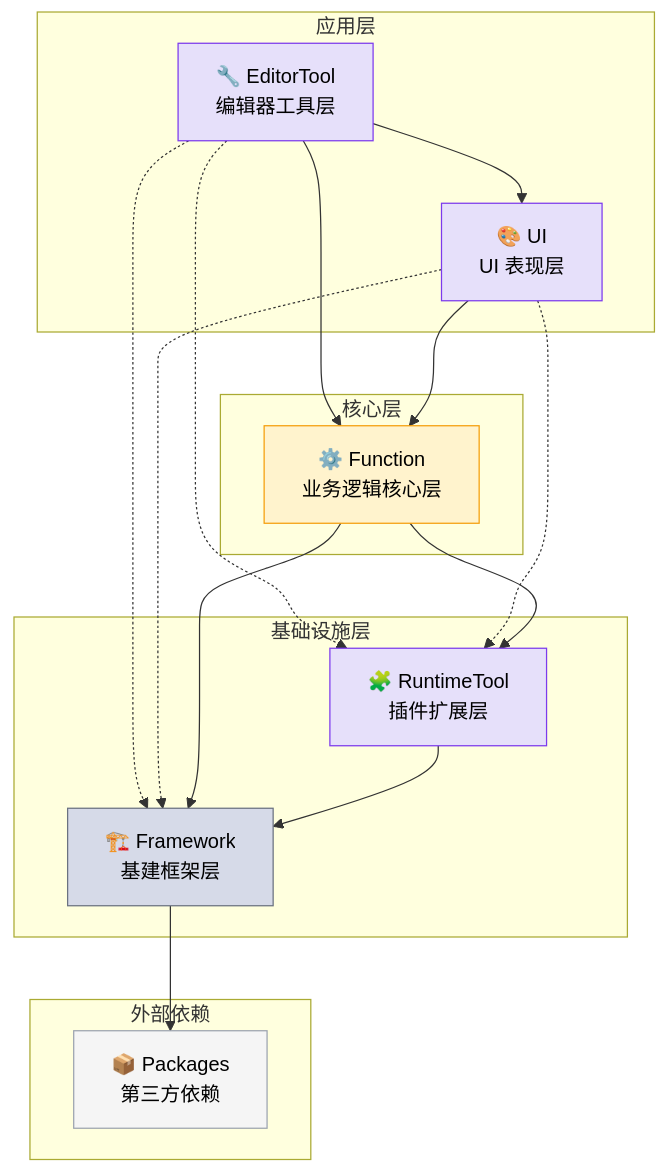
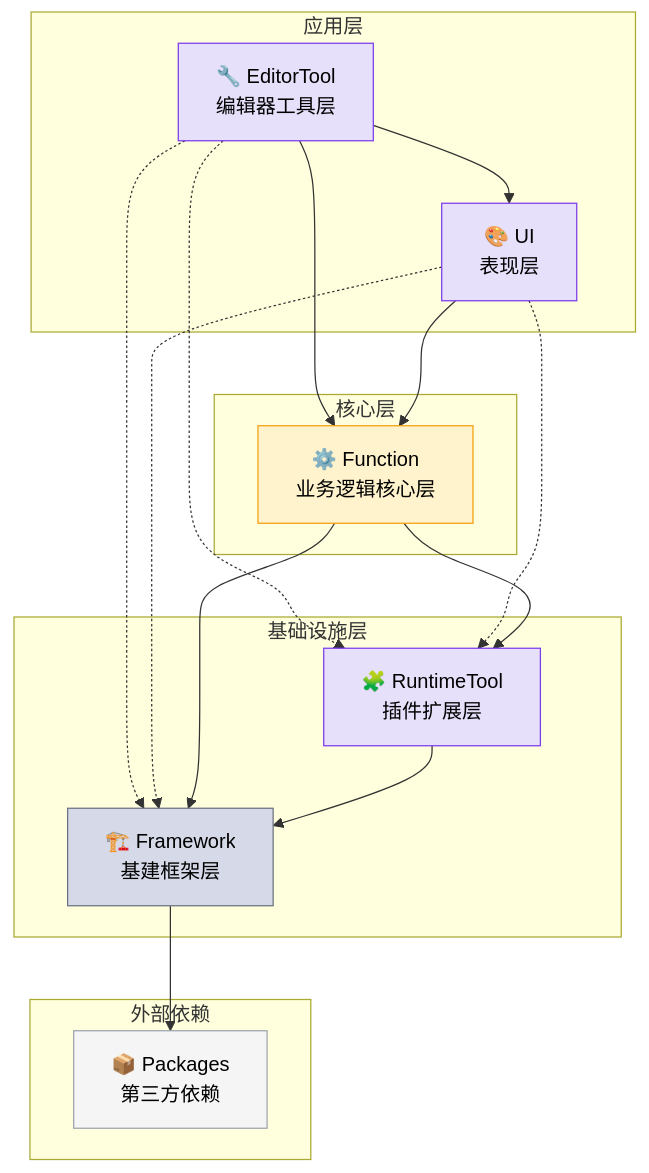
One commit to nanmanzixi/GameDev-Structure changed the diagram in README.md. Above: the diagram before and after it, drawn with Mermaid.

Commit message:
Fix formatting in README.md for Mermaid diagram

````diff
--- a/README.md
+++ b/README.md
@@ -130,39 +130,39 @@
 ```mermaid
 graph TB
     subgraph 应用层
-        ET[🔧 EditorTool<br/>编辑器工具层]
-        UI[🎨 UI<br/>UI 表现层]
+        ET[🔧 EditorTool<br/> 编辑器工具层]
+        UI[🎨 UI<br/> 表现层]
     end
     
     subgraph 核心层
-        FN[⚙️ Function<br/>业务逻辑核心层]
+        FN[⚙️ Function<br/> 业务逻辑核心层]
     end
     
     subgraph 基础设施层
-        RT[🧩 RuntimeTool<br/>插件扩展层]
-        FW[🏗️ Framework<br/>基建框架层]
+        RT[🧩 RuntimeTool<br/> 插件扩展层]
+        FW[🏗️ Framework<br/> 基建框架层]
     end
     
     subgraph 外部依赖
-        PKG[📦 Packages<br/>第三方依赖]
+        PKG[📦 Packages<br/> 第三方依赖]
     end
     
     ET --> UI
     ET --> FN
     ET -.-> RT
     ET -.-> FW
     UI --> FN
     UI -.-> RT
     UI -.-> FW
     FN --> RT
     FN --> FW
     RT --> FW
     FW --> PKG
     
     style ET fill:#E6E0FA,stroke:#7C3AED,color:#000
     style UI fill:#E6E0FA,stroke:#7C3AED,color:#000
     style FN fill:#FFF3CD,stroke:#F59E0B,color:#000
     style RT fill:#E6E0FA,stroke:#7C3AED,color:#000
     style FW fill:#D6DAE8,stroke:#6B7280,color:#000
     style PKG fill:#F5F5F5,stroke:#9CA3AF,color:#000
 ```
````
